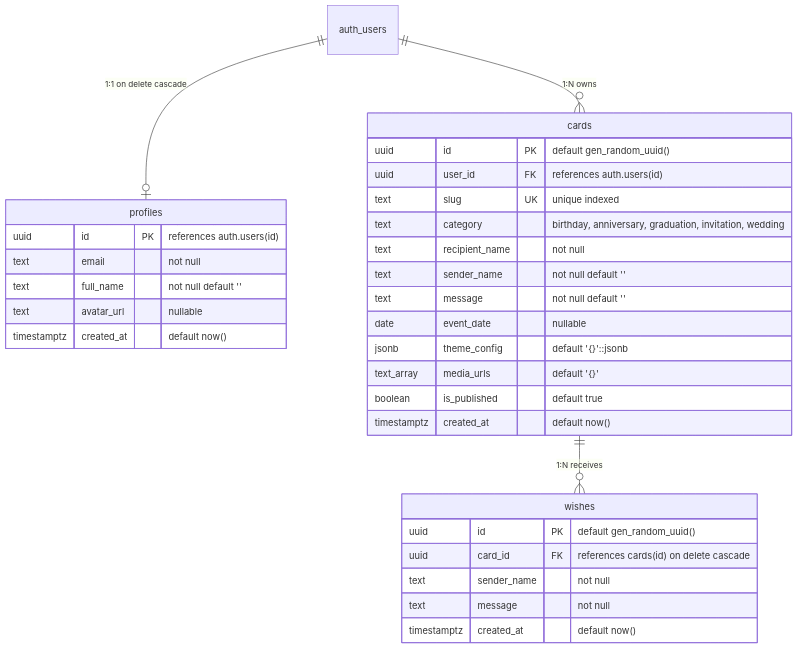
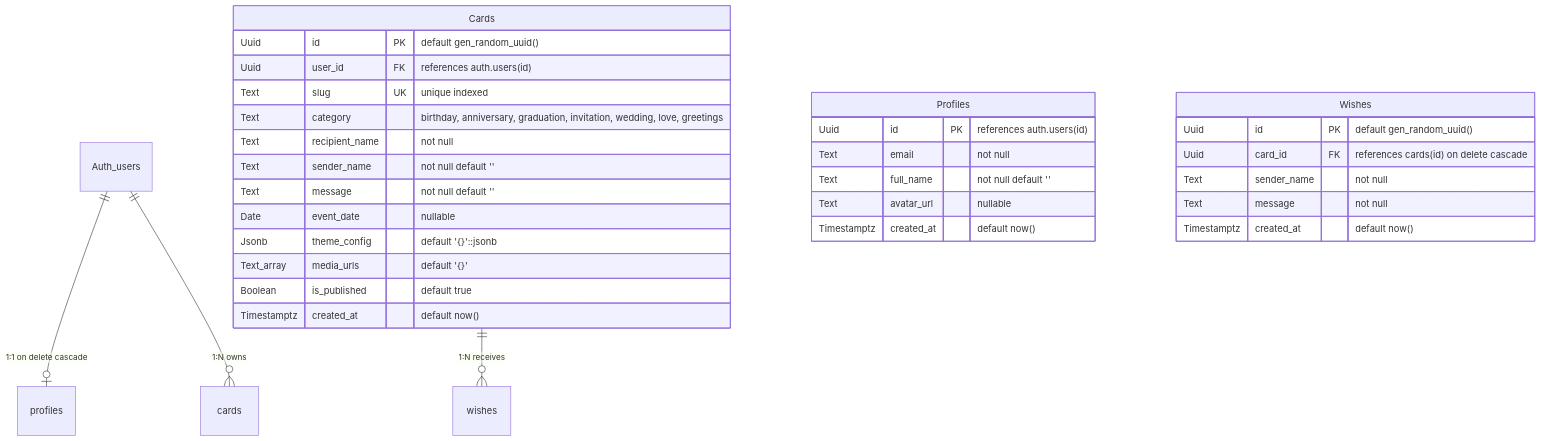
The first of 3 diagrams in PROJECT_CONTEXT.md (nugraha221001/elcelebrate), drawn with Mermaid before and after one commit. The commit also changed other lines of this file and 6 other files, not shown here.

````diff
--- a/PROJECT_CONTEXT.md
+++ b/PROJECT_CONTEXT.md
@@ -139,37 +163,37 @@
 ```mermaid
 erDiagram
-    auth_users ||--o| profiles : "1:1 on delete cascade"
-    auth_users ||--o{ cards : "1:N owns"
-    cards ||--o{ wishes : "1:N receives"
+    Auth_users ||--o| profiles : "1:1 on delete cascade"
+    Auth_users ||--o{ cards : "1:N owns"
+    Cards ||--o{ wishes : "1:N receives"
 
-    profiles {
-        uuid id PK "references auth.users(id)"
-        text email "not null"
-        text full_name "not null default ''"
-        text avatar_url "nullable"
-        timestamptz created_at "default now()"
+    Profiles {
+        Uuid id PK "references auth.users(id)"
+        Text email "not null"
+        Text full_name "not null default ''"
+        Text avatar_url "nullable"
+        Timestamptz created_at "default now()"
     }
 
-    cards {
-        uuid id PK "default gen_random_uuid()"
-        uuid user_id FK "references auth.users(id)"
-        text slug UK "unique indexed"
-        text category "birthday, anniversary, graduation, invitation, wedding"
-        text recipient_name "not null"
-        text sender_name "not null default ''"
-        text message "not null default ''"
-        date event_date "nullable"
-        jsonb theme_config "default '{}'::jsonb"
-        text_array media_urls "default '{}'"
-        boolean is_published "default true"
-        timestamptz created_at "default now()"
+    Cards {
+        Uuid id PK "default gen_random_uuid()"
+        Uuid user_id FK "references auth.users(id)"
+        Text slug UK "unique indexed"
+        Text category "birthday, anniversary, graduation, invitation, wedding, love, greetings"
+        Text recipient_name "not null"
+        Text sender_name "not null default ''"
+        Text message "not null default ''"
+        Date event_date "nullable"
+        Jsonb theme_config "default '{}'::jsonb"
+        Text_array media_urls "default '{}'"
+        Boolean is_published "default true"
+        Timestamptz created_at "default now()"
     }
 
-    wishes {
-        uuid id PK "default gen_random_uuid()"
-        uuid card_id FK "references cards(id) on delete cascade"
-        text sender_name "not null"
-        text message "not null"
-        timestamptz created_at "default now()"
+    Wishes {
+        Uuid id PK "default gen_random_uuid()"
+        Uuid card_id FK "references cards(id) on delete cascade"
+        Text sender_name "not null"
+        Text message "not null"
+        Timestamptz created_at "default now()"
     }
 ```
````
